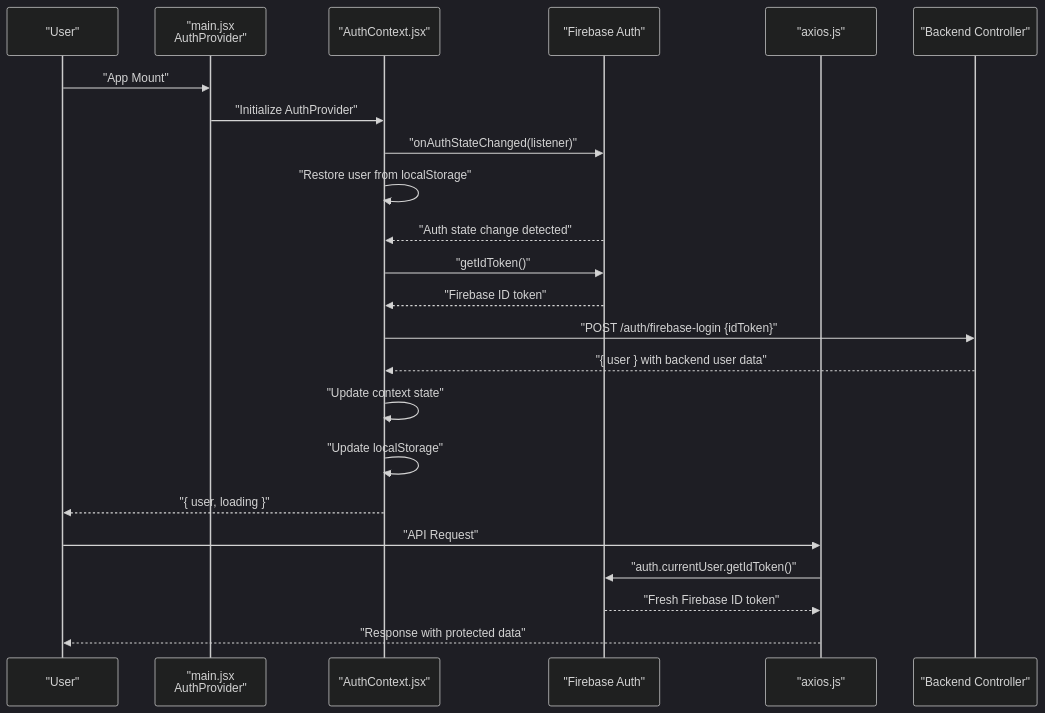
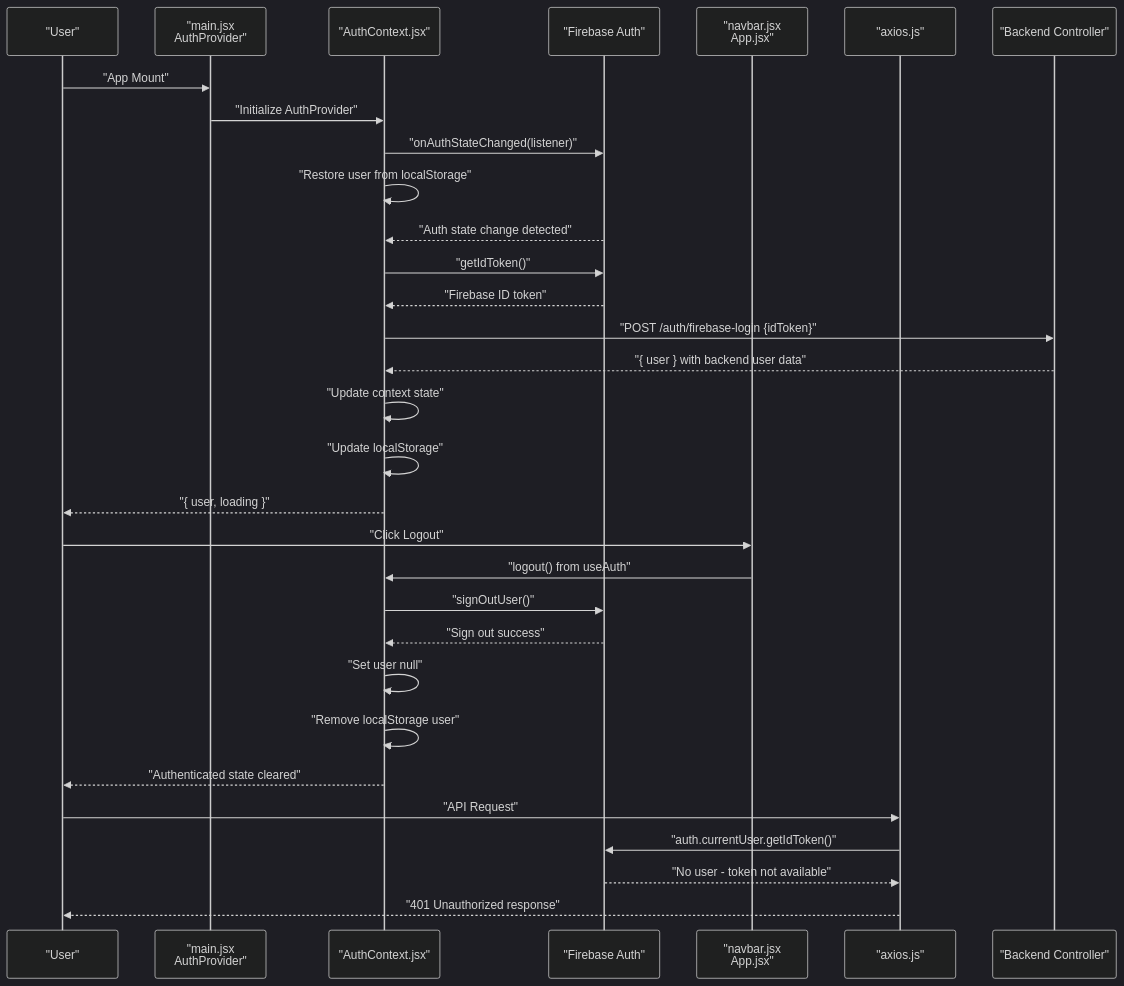
The second of 10 diagrams in .qoder/repowiki/en/content/Authentication & Authorization/Frontend Authentication State Management.md (Pavan-PSPK9032/TrendsandToss), drawn with Mermaid (dark theme) before and after one commit. The commit also changed other lines of this file and 6 other files, not shown here.

````diff
--- a/.qoder/repowiki/en/content/Authentication & Authorization/Frontend Authentication State Management.md
+++ b/.qoder/repowiki/en/content/Authentication & Authorization/Frontend Authentication State Management.md
@@ -129,25 +130,33 @@
 ```mermaid
 sequenceDiagram
 participant U as "User"
 participant M as "main.jsx<br/>AuthProvider"
 participant AC as "AuthContext.jsx"
 participant FA as "Firebase Auth"
+participant NAV as "navbar.jsx<br/>App.jsx"
 participant AX as "axios.js"
 participant BC as "Backend Controller"
 U->>M : "App Mount"
 M->>AC : "Initialize AuthProvider"
 AC->>FA : "onAuthStateChanged(listener)"
 AC->>AC : "Restore user from localStorage"
 FA-->>AC : "Auth state change detected"
 AC->>FA : "getIdToken()"
 FA-->>AC : "Firebase ID token"
 AC->>BC : "POST /auth/firebase-login {idToken}"
 BC-->>AC : "{ user } with backend user data"
 AC->>AC : "Update context state"
 AC->>AC : "Update localStorage"
 AC-->>U : "{ user, loading }"
+U->>NAV : "Click Logout"
+NAV->>AC : "logout() from useAuth"
+AC->>FA : "signOutUser()"
+FA-->>AC : "Sign out success"
+AC->>AC : "Set user null"
+AC->>AC : "Remove localStorage user"
+AC-->>U : "Authenticated state cleared"
 U->>AX : "API Request"
 AX->>FA : "auth.currentUser.getIdToken()"
-FA-->>AX : "Fresh Firebase ID token"
-AX-->>U : "Response with protected data"
+FA-->>AX : "No user - token not available"
+AX-->>U : "401 Unauthorized response"
 ```
````
